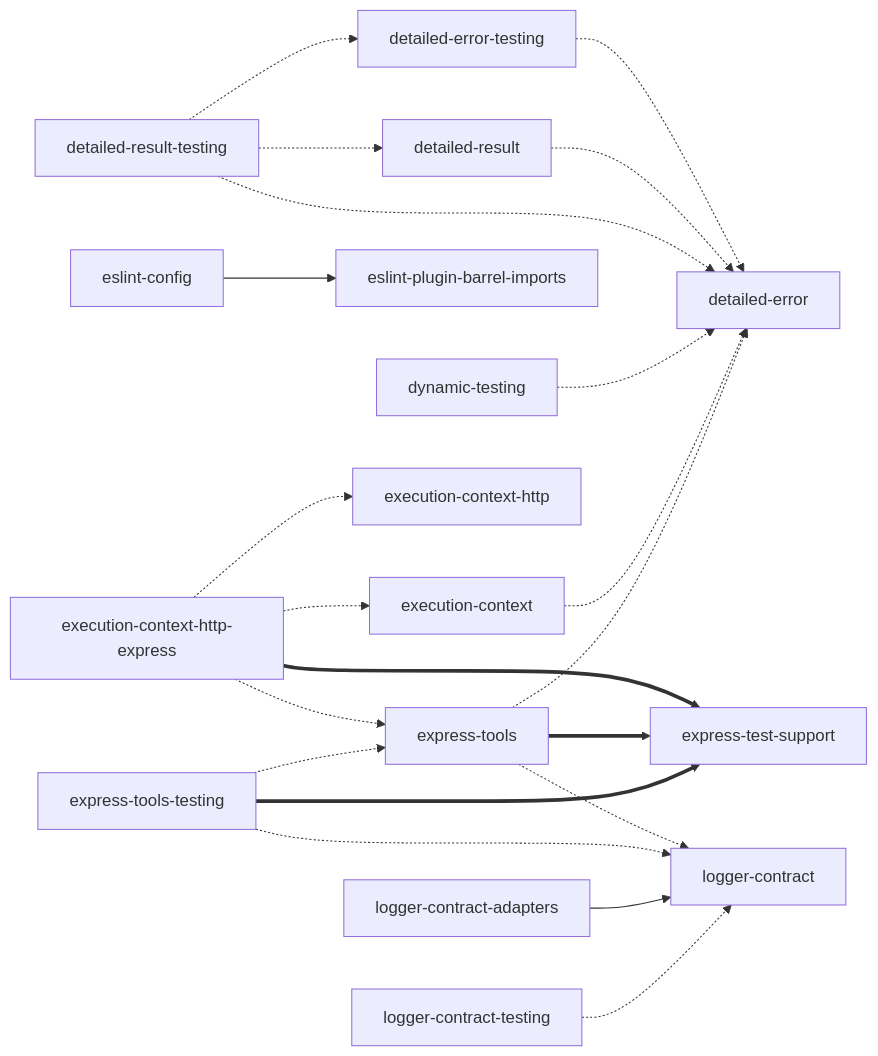
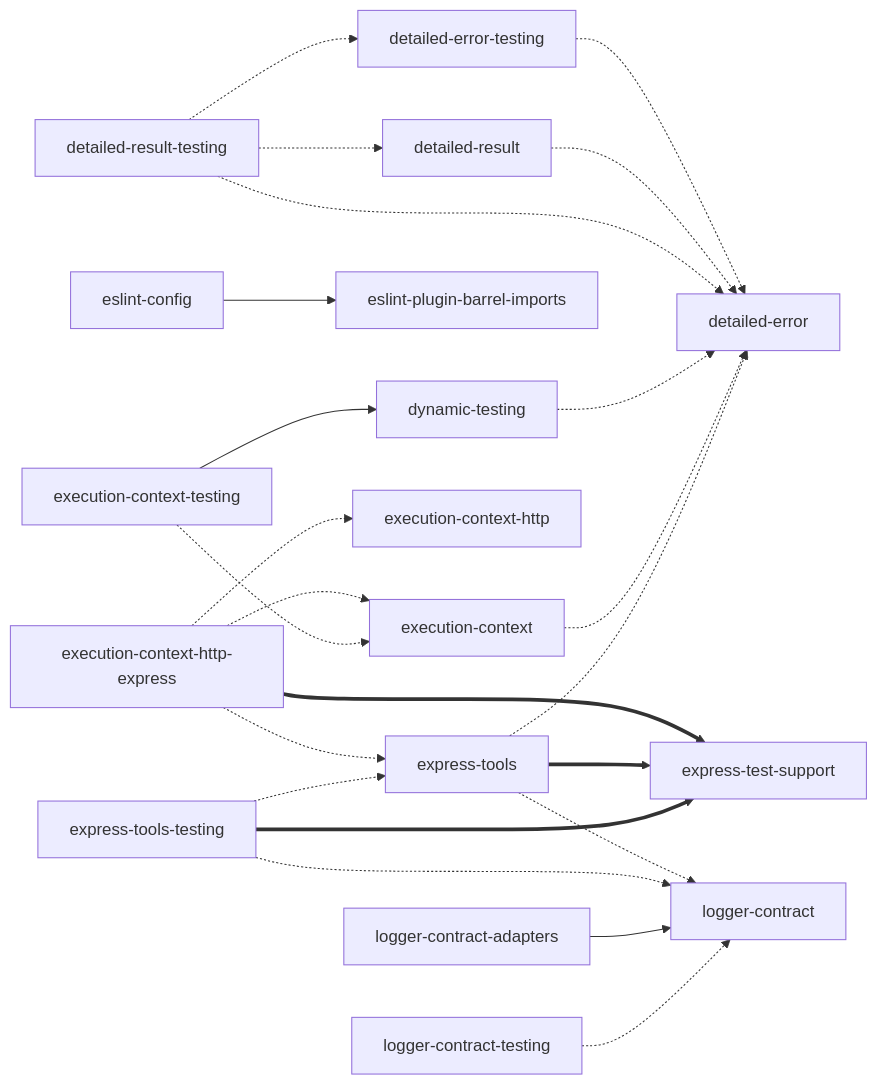
The diagram in README.md (couimet/ts-npm-packages), drawn with Mermaid before and after one commit. The commit also changed other lines of this file and 48 other files, not shown here.

First line of the commit message:
[issues/176] Add execution-context attributes and test helpers (#182)

````diff
--- a/README.md
+++ b/README.md
@@ -15,23 +15,25 @@
 ```mermaid
 graph LR
     detailed-error-testing -.-> detailed-error
     detailed-result -.-> detailed-error
     detailed-result-testing -.-> detailed-error
     detailed-result-testing -.-> detailed-error-testing
     detailed-result-testing -.-> detailed-result
     dynamic-testing -.-> detailed-error
     eslint-config --> eslint-plugin-barrel-imports
     execution-context -.-> detailed-error
     execution-context-http-express -.-> execution-context
     execution-context-http-express -.-> execution-context-http
     execution-context-http-express ==> express-test-support
     execution-context-http-express -.-> express-tools
+    execution-context-testing --> dynamic-testing
+    execution-context-testing -.-> execution-context
     express-tools -.-> detailed-error
     express-tools ==> express-test-support
     express-tools -.-> logger-contract
     express-tools-testing ==> express-test-support
     express-tools-testing -.-> express-tools
     express-tools-testing -.-> logger-contract
     logger-contract-adapters --> logger-contract
     logger-contract-testing -.-> logger-contract
 ```
````
